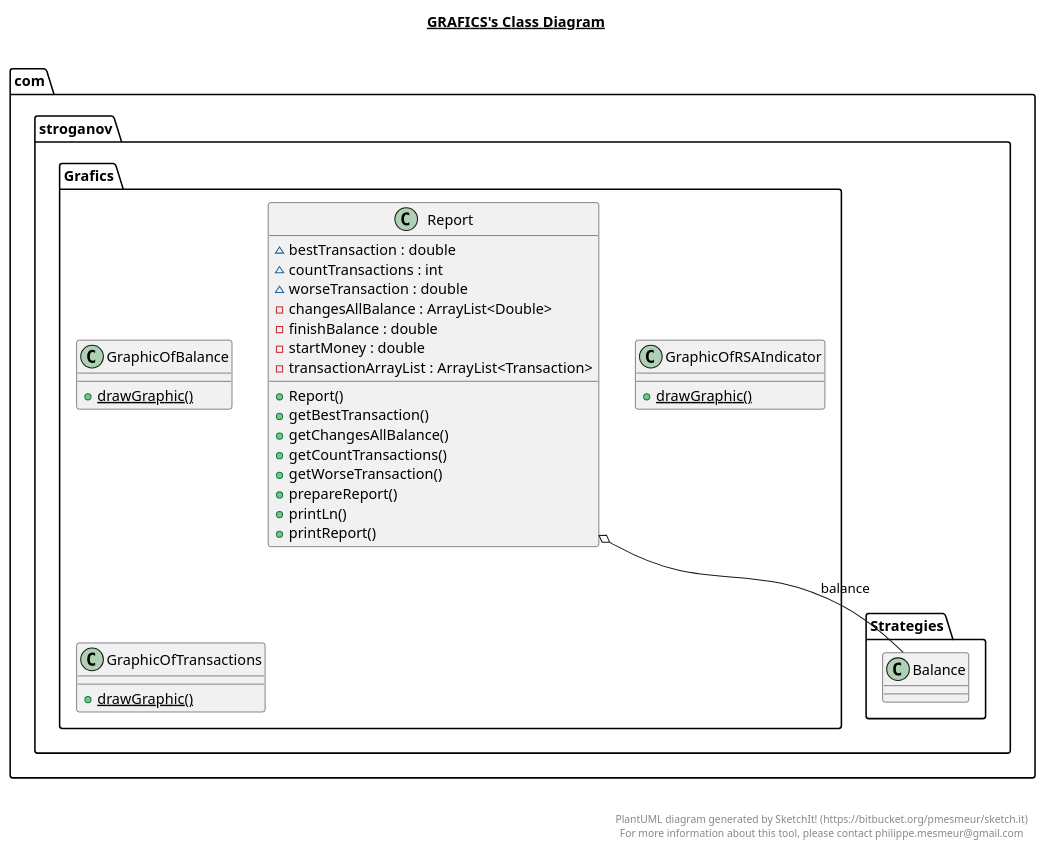
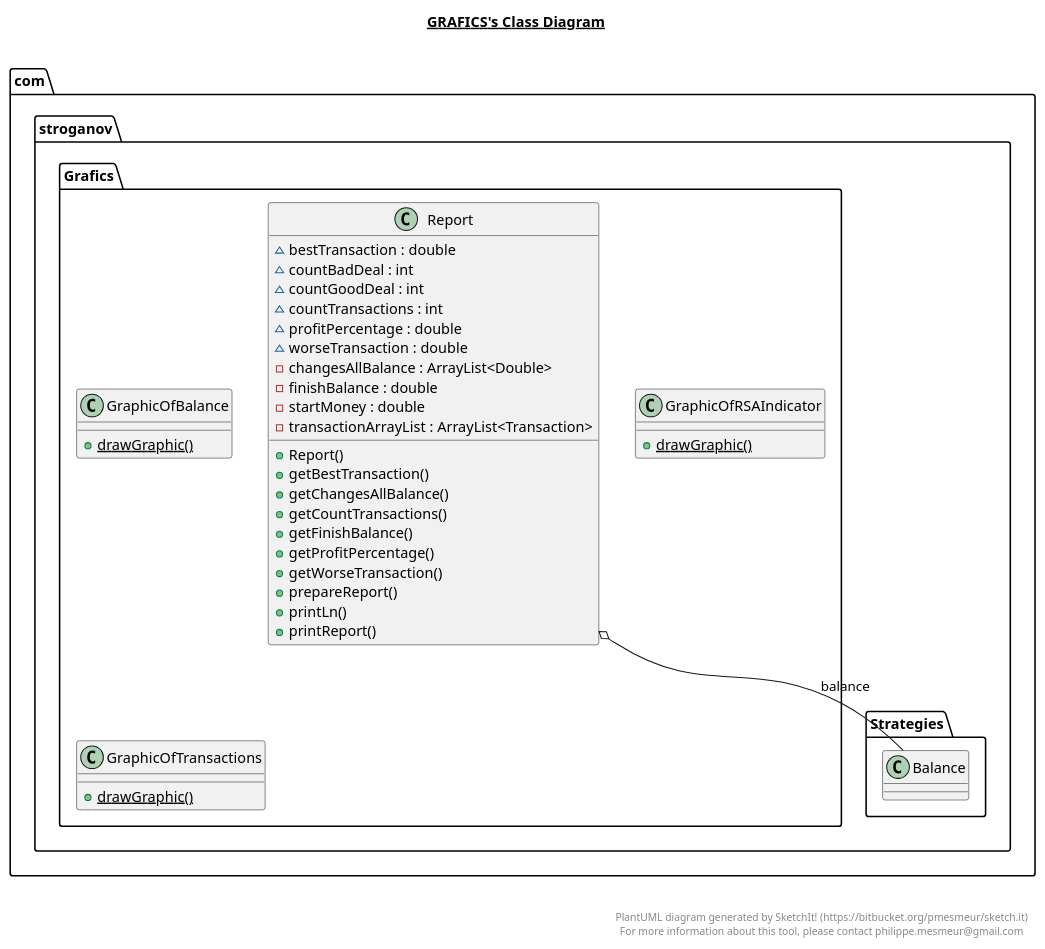
The diagram in src/main/java/com/stroganov/Grafics/Grafics.plantuml (SergeyStroganoff/TradeRobot), drawn with PlantUML before and after one commit. The commit also changed 10 other files, not shown here.

```diff
--- a/src/main/java/com/stroganov/Grafics/Grafics.plantuml
+++ b/src/main/java/com/stroganov/Grafics/Grafics.plantuml
@@ -1,65 +1,70 @@
 @startuml
 
 title __GRAFICS's Class Diagram__\n
 
   namespace com.stroganov {
     namespace Grafics {
       class com.stroganov.Grafics.GraphicOfBalance {
           {static} + drawGraphic()
       }
     }
   }
   
 
   namespace com.stroganov {
     namespace Grafics {
       class com.stroganov.Grafics.GraphicOfRSAIndicator {
           {static} + drawGraphic()
       }
     }
   }
   
 
   namespace com.stroganov {
     namespace Grafics {
       class com.stroganov.Grafics.GraphicOfTransactions {
           {static} + drawGraphic()
       }
     }
   }
   
 
   namespace com.stroganov {
     namespace Grafics {
       class com.stroganov.Grafics.Report {
           ~ bestTransaction : double
+          ~ countBadDeal : int
+          ~ countGoodDeal : int
           ~ countTransactions : int
+          ~ profitPercentage : double
           ~ worseTransaction : double
           - changesAllBalance : ArrayList<Double>
           - finishBalance : double
           - startMoney : double
           - transactionArrayList : ArrayList<Transaction>
           + Report()
           + getBestTransaction()
           + getChangesAllBalance()
           + getCountTransactions()
+          + getFinishBalance()
+          + getProfitPercentage()
           + getWorseTransaction()
           + prepareReport()
           + printLn()
           + printReport()
       }
     }
   }
   
 
   com.stroganov.Grafics.Report o-- com.stroganov.Strategies.Balance : balance
 
 
 right footer
 
 
 PlantUML diagram generated by SketchIt! (https://bitbucket.org/pmesmeur/sketch.it)
 For more information about this tool, please contact philippe.mesmeur@gmail.com
 endfooter
 
 @enduml
```
